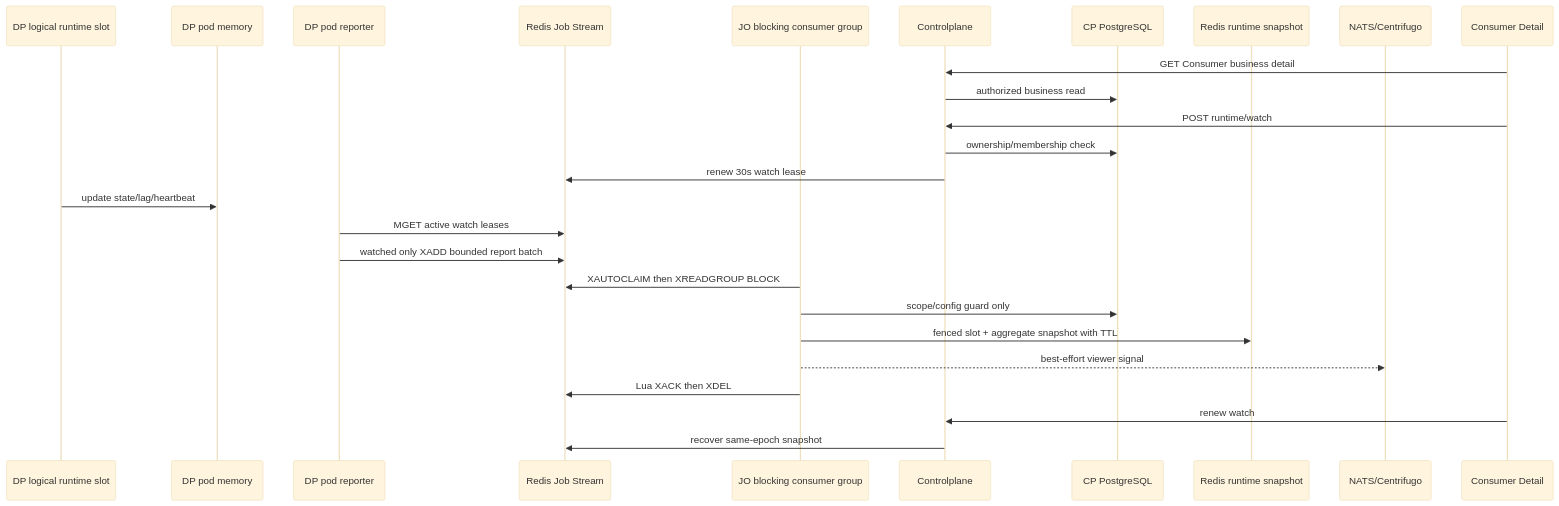
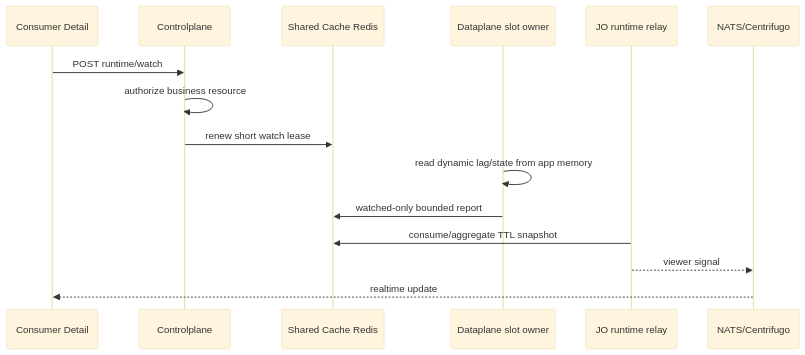
The fifth of 5 diagrams in god_view/mail/mail_configuration_projection_god_view.md (phucle996/aurora), drawn with Mermaid (base theme) before and after one commit. The commit also changed other lines of this file and 91 other files, not shown here.

Commit message:
feat: migrate job-orchestrator and dataplane communication from Redis PubSub to Kafka transport layer

````diff
--- a/god_view/mail/mail_configuration_projection_god_view.md
+++ b/god_view/mail/mail_configuration_projection_god_view.md
@@ -291,29 +232,18 @@
 ```mermaid
 sequenceDiagram
-    participant Slot as DP logical runtime slot
-    participant MEM as DP pod memory
-    participant Relay as DP pod reporter
-    participant RJ as Redis Job Stream
-    participant JO as JO blocking consumer group
+    participant UI as Consumer Detail
     participant CP as Controlplane
-    participant DB as CP PostgreSQL
-    participant RT as Redis runtime snapshot
-    participant NS as NATS/Centrifugo
-    participant UI as Consumer Detail
+    participant R as Shared Cache Redis
+    participant DP as Dataplane slot owner
+    participant JO as JO runtime relay
+    participant N as NATS/Centrifugo
 
-    UI->>CP: GET Consumer business detail
-    CP->>DB: authorized business read
     UI->>CP: POST runtime/watch
-    CP->>DB: ownership/membership check
-    CP->>RJ: renew 30s watch lease
-    Slot->>MEM: update state/lag/heartbeat
-    Relay->>RJ: MGET active watch leases
-    Relay->>RJ: watched only XADD bounded report batch
-    JO->>RJ: XAUTOCLAIM then XREADGROUP BLOCK
-    JO->>DB: scope/config guard only
-    JO->>RT: fenced slot + aggregate snapshot with TTL
-    JO-->>NS: best-effort viewer signal
-    JO->>RJ: Lua XACK then XDEL
-    UI->>CP: renew watch
-    CP->>RJ: recover same-epoch snapshot
+    CP->>CP: authorize business resource
+    CP->>R: renew short watch lease
+    DP->>DP: read dynamic lag/state from app memory
+    DP->>R: watched-only bounded report
+    JO->>R: consume/aggregate TTL snapshot
+    JO-->>N: viewer signal
+    N-->>UI: realtime update
 ```
````
